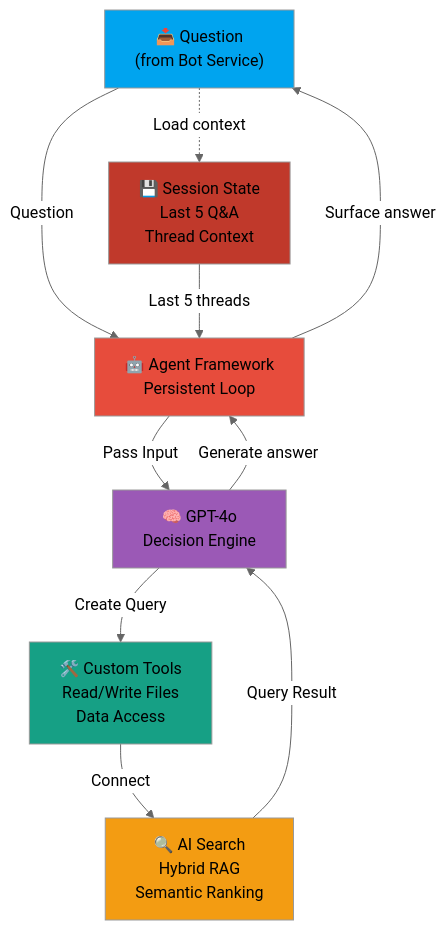
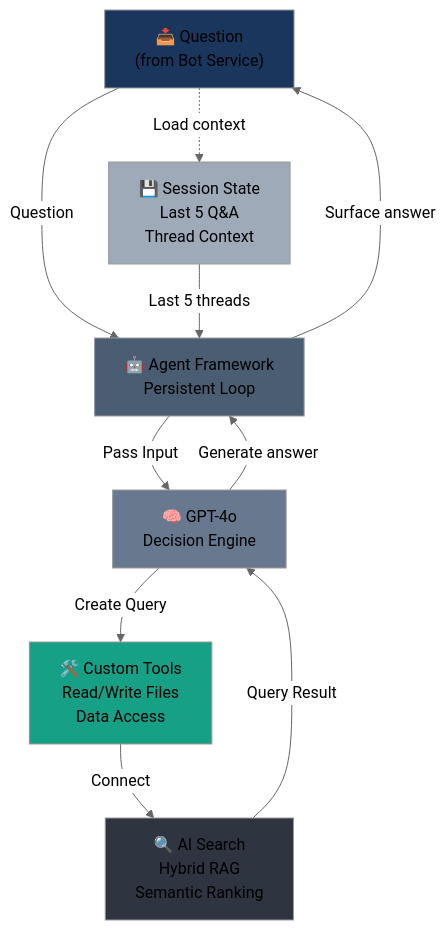
Before and after one commit to gabycb/rag-sample-copy: the second of 3 diagrams in README.md, drawn with Mermaid (neutral theme).

Commit message:
Modify color styles in README diagram
Updated color styles for various components in the diagram.

````diff
--- a/README.md
+++ b/README.md
@@ -74,33 +74,33 @@
 ```mermaid
 graph TB
     Input["📥 Question<br/>(from Bot Service)"]
     
     SessionMgr["💾 Session State<br/>Last 5 Q&A<br/>Thread Context"]
     
     Agent["🤖 Agent Framework<br/>Persistent Loop"]
     
     LLM["🧠 GPT-4o<br/>Decision Engine"]
     
     Tools["🛠️ Custom Tools<br/>Read/Write Files<br/>Data Access"]
     
     Search["🔍 AI Search<br/>Hybrid RAG<br/>Semantic Ranking"]
         
     Input -->|Question| Agent
     Input -.->|Load context| SessionMgr
     SessionMgr -->|Last 5 threads| Agent
     
     Agent -->|Pass Input| LLM
     LLM -->|Create Query| Tools
     Tools -->|Connect| Search
     Search -->|Query Result| LLM
     
     LLM -->|Generate answer| Agent
     Agent -->|Surface answer| Input
     
-    style Input fill:#00a4ef
-    style Agent fill:#e74c3c
-    style LLM fill:#9b59b6
-    style SessionMgr fill:#c0392b
+    style Input fill:#1B365D
+    style Agent fill:#4B5D73
+    style LLM fill:#68798F
+    style SessionMgr fill:#9FAAB8
     style Tools fill:#16a085
-    style Search fill:#f39c12
+    style Search fill:#2E3440
 ```
````
